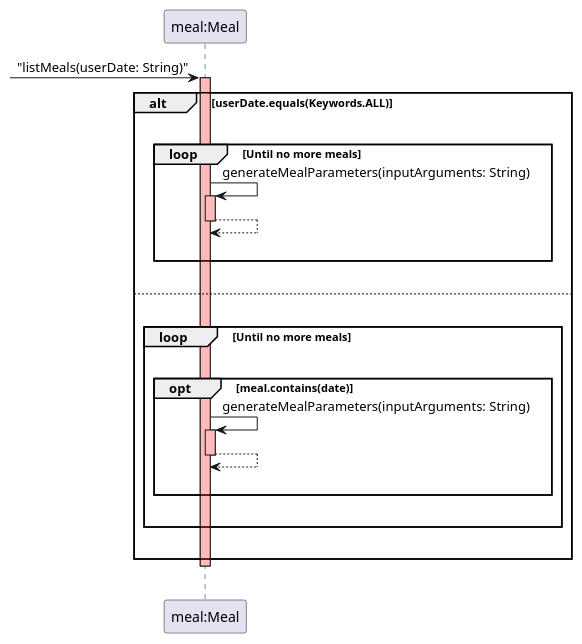
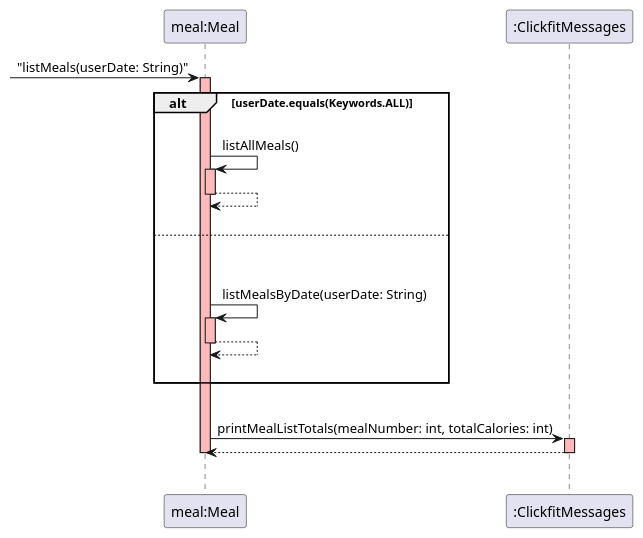
The diagram in diagrams/Meal_ListMeals_sequence.puml (teoziyiivy/tp), drawn with PlantUML before and after one commit. The commit also changed 2 other files, not shown here.

Commit message:
DG Updated with more diagrams

```diff
--- a/diagrams/Meal_ListMeals_sequence.puml
+++ b/diagrams/Meal_ListMeals_sequence.puml
@@ -1,31 +1,26 @@
 @startuml
 'https://plantuml.com/sequence-diagram
 participant "meal:Meal"
     ->"meal:Meal" : "listMeals(userDate: String)"
     activate "meal:Meal" #FFBBBB
     alt userDate.equals(Keywords.ALL)
     |||
-    loop Until no more meals
-    "meal:Meal"->"meal:Meal" : generateMealParameters(inputArguments: String)
+    "meal:Meal"->"meal:Meal" : listAllMeals()
+    activate "meal:Meal" #FFBBBB
+    return
+    |||
+    else
+    |||
+    |||
+    "meal:Meal"->"meal:Meal" : listMealsByDate(userDate: String)
     activate "meal:Meal" #FFBBBB
     return
     |||
     end
     |||
-    else
-    |||
-    loop Until no more meals
-    |||
-    opt meal.contains(date)
-    "meal:Meal"->"meal:Meal" : generateMealParameters(inputArguments: String)
-    activate "meal:Meal" #FFBBBB
+    "meal:Meal"->":ClickfitMessages" : printMealListTotals(mealNumber: int, totalCalories: int)
+    activate ":ClickfitMessages" #FFBBBB
     return
-    |||
-    end
-    |||
-    end
-    |||
-    end
     deactivate "meal:Meal"
     |||
 @enduml
```
